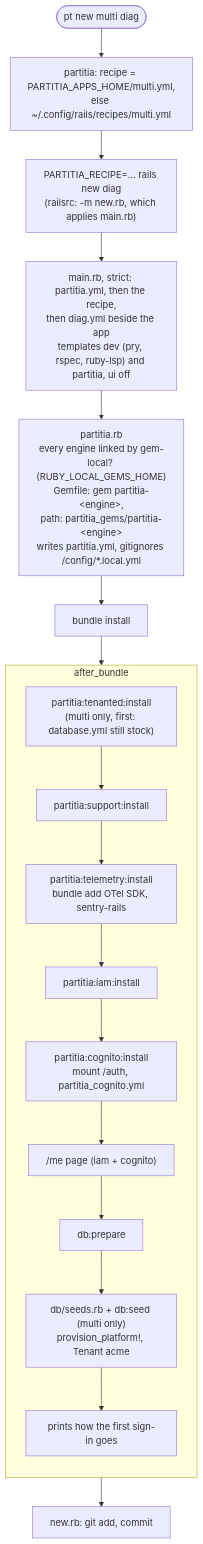
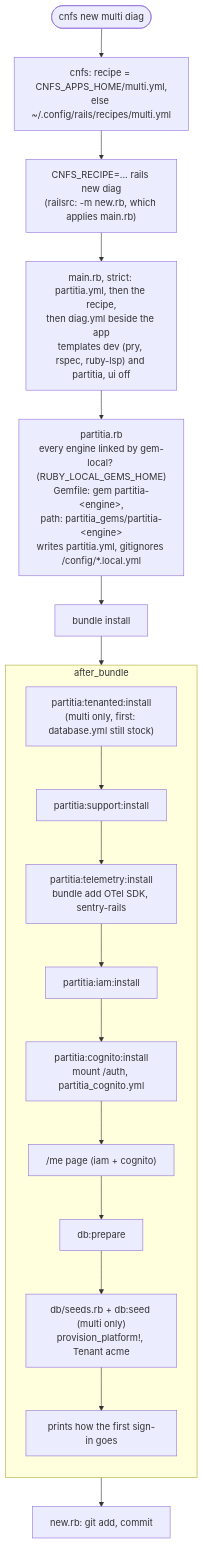
The seventh of 9 diagrams in DIAGRAMS.md (cnfs-io/partitia), drawn with Mermaid before and after one commit. The commit also changed other lines of this file and 11 other files, not shown here.

First line of the commit message:
partitia: the CLI is cnfs (was partitia/pt): docs, installer messages, specs

````diff
--- a/DIAGRAMS.md
+++ b/DIAGRAMS.md
@@ -358,28 +358,28 @@
 ```mermaid
 flowchart TB
-  dev(["pt new multi diag"])
-  cli["partitia: recipe = PARTITIA_APPS_HOME/multi.yml,<br/>else ~/.config/rails/recipes/multi.yml"]
-  rn["PARTITIA_RECIPE=... rails new diag<br/>(railsrc: -m new.rb, which applies main.rb)"]
+  dev(["cnfs new multi diag"])
+  cli["cnfs: recipe = CNFS_APPS_HOME/multi.yml,<br/>else ~/.config/rails/recipes/multi.yml"]
+  rn["CNFS_RECIPE=... rails new diag<br/>(railsrc: -m new.rb, which applies main.rb)"]
   main["main.rb, strict: partitia.yml, then the recipe,<br/>then diag.yml beside the app<br/>templates dev (pry, rspec, ruby-lsp) and partitia, ui off"]
-  pt["partitia.rb<br/>every engine linked by gem-local? (RUBY_LOCAL_GEMS_HOME)<br/>Gemfile: gem partitia-#lt;engine#gt;,<br/>path: partitia_gems/partitia-#lt;engine#gt;<br/>writes partitia.yml, gitignores /config/*.local.yml"]
+  ptrb["partitia.rb<br/>every engine linked by gem-local? (RUBY_LOCAL_GEMS_HOME)<br/>Gemfile: gem partitia-#lt;engine#gt;,<br/>path: partitia_gems/partitia-#lt;engine#gt;<br/>writes partitia.yml, gitignores /config/*.local.yml"]
   bundle["bundle install"]
 
-  dev --> cli --> rn --> main --> pt --> bundle
+  dev --> cli --> rn --> main --> ptrb --> bundle
 
   subgraph after["after_bundle"]
     direction TB
     g1["partitia:tenanted:install<br/>(multi only, first: database.yml still stock)"]
     g2["partitia:support:install"]
     g3["partitia:telemetry:install<br/>bundle add OTel SDK, sentry-rails"]
     g4["partitia:iam:install"]
     g5["partitia:cognito:install<br/>mount /auth, partitia_cognito.yml"]
     me["/me page (iam + cognito)"]
     prep["db:prepare"]
     seed["db/seeds.rb + db:seed (multi only)<br/>provision_platform!, Tenant acme"]
     note["prints how the first sign-in goes"]
     g1 --> g2 --> g3 --> g4 --> g5 --> me --> prep --> seed --> note
   end
 
   bundle --> g1
   note --> commit["new.rb: git add, commit"]
 ```
````
